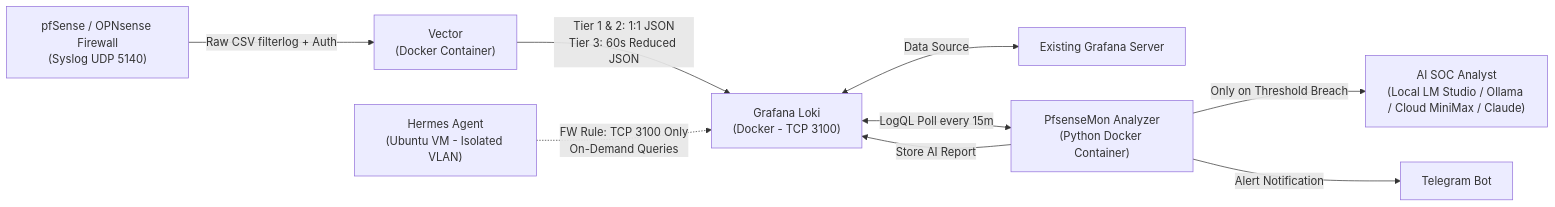
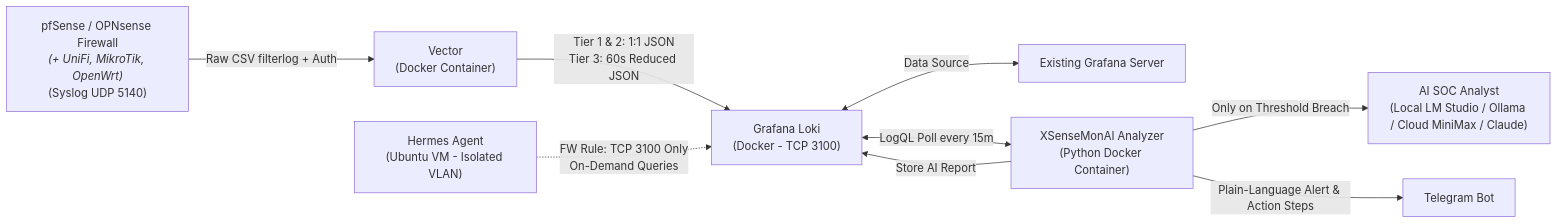
The diagram in README.md (alexraio/XSenseMonAI), drawn with Mermaid before and after one commit. The commit also changed other lines of this file and 1 other file, not shown here.

Commit message:
docs: update README and wiki with homelabber mission and multi-brand roadmap

````diff
--- a/README.md
+++ b/README.md
@@ -42,11 +74,11 @@
 ```mermaid
 flowchart LR
-    PFS["pfSense / OPNsense Firewall<br/>(Syslog UDP 5140)"] -->|Raw CSV filterlog + Auth| VEC["Vector<br/>(Docker Container)"]
+    PFS["pfSense / OPNsense Firewall<br/><i>(+ UniFi, MikroTik, OpenWrt)</i><br/>(Syslog UDP 5140)"] -->|Raw CSV filterlog + Auth| VEC["Vector<br/>(Docker Container)"]
     VEC -->|Tier 1 & 2: 1:1 JSON<br/>Tier 3: 60s Reduced JSON| LOKI["Grafana Loki<br/>(Docker - TCP 3100)"]
     LOKI <-->|Data Source| GRAF["Existing Grafana Server"]
-    LOKI <-->|LogQL Poll every 15m| PY["PfsenseMon Analyzer<br/>(Python Docker Container)"]
+    LOKI <-->|LogQL Poll every 15m| PY["XSenseMonAI Analyzer<br/>(Python Docker Container)"]
     PY -->|Only on Threshold Breach| LLM["AI SOC Analyst<br/>(Local LM Studio / Ollama / Cloud MiniMax / Claude)"]
-    PY -->|Alert Notification| TG["Telegram Bot"]
+    PY -->|Plain-Language Alert & Action Steps| TG["Telegram Bot"]
     PY -->|Store AI Report| LOKI
     HERMES["Hermes Agent<br/>(Ubuntu VM - Isolated VLAN)"] -.->|FW Rule: TCP 3100 Only<br/>On-Demand Queries| LOKI
 ```
````
